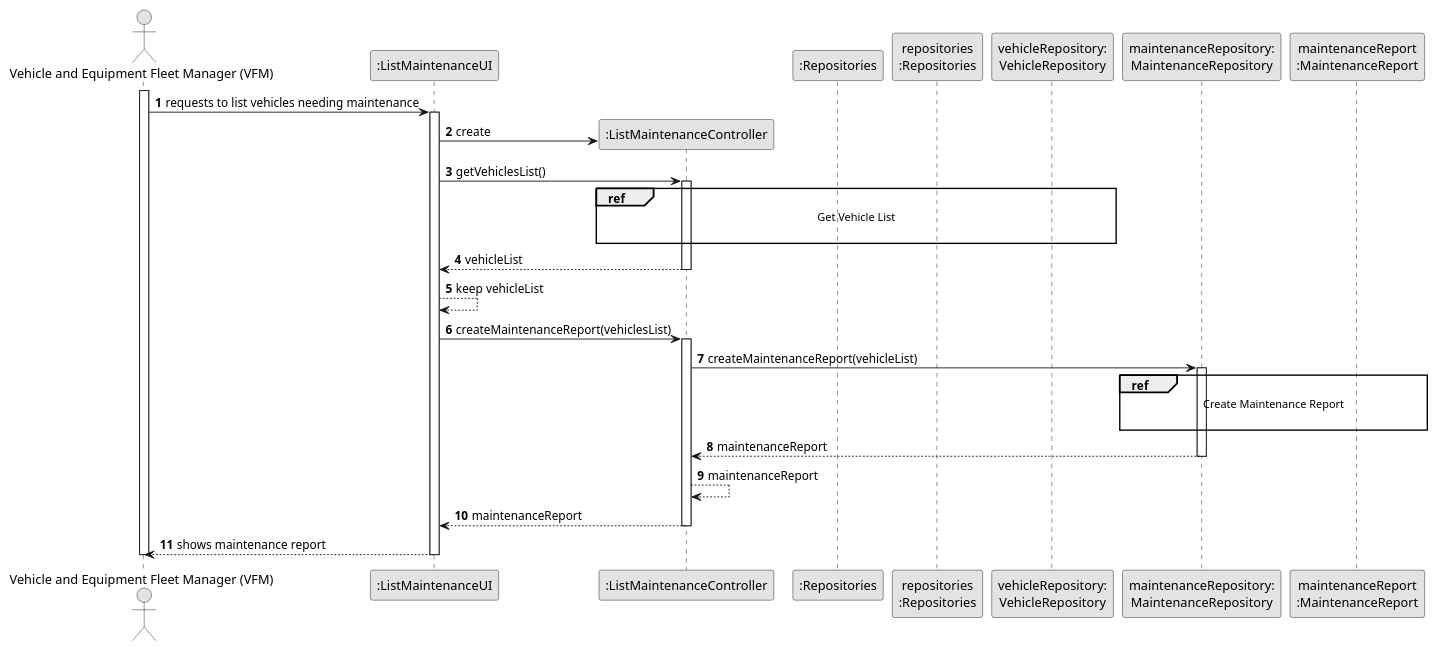
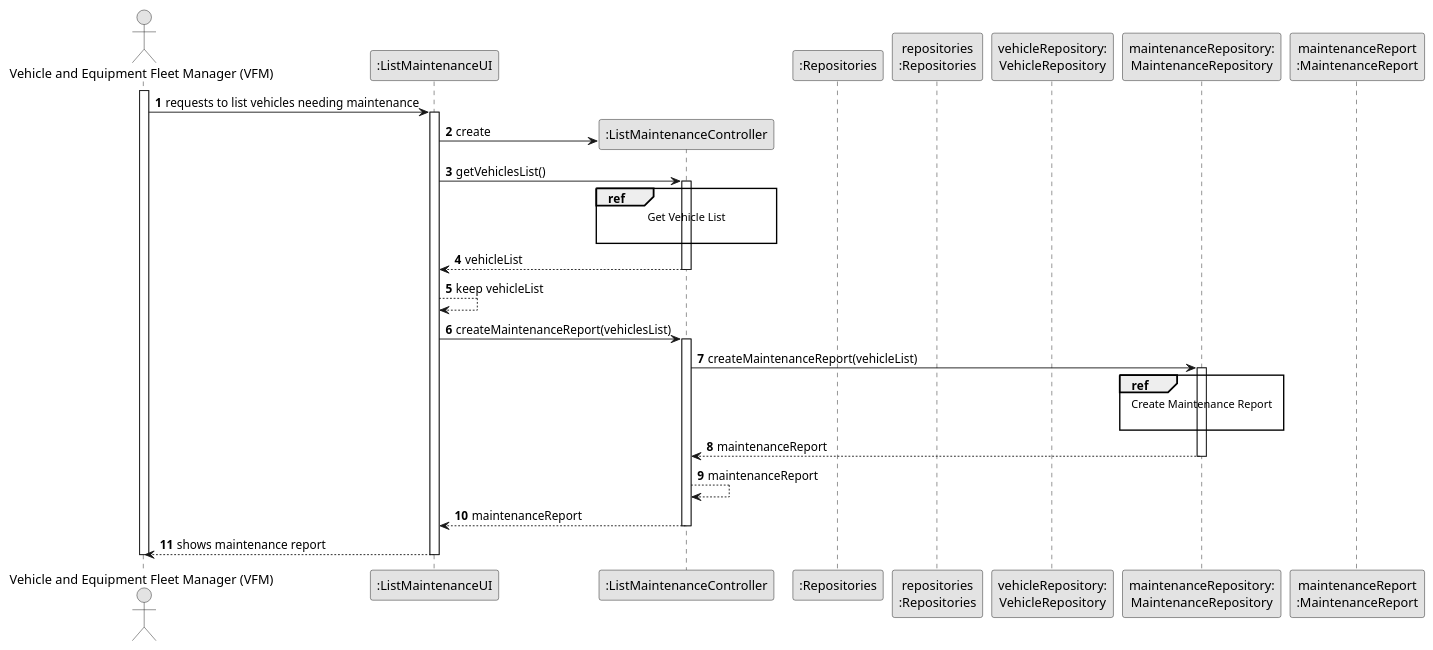
Before and after one commit to ricardomm7/leaflink: the diagram in docs/sprintB/us008/03.design/puml/us008-sequence-diagram-split.puml, drawn with PlantUML. The commit also changed 5 other files, not shown here.

Commit message:
LFC2-88 <Correct sequence diagram issues> LFC2-90 <correct sequence diagram issues>

```diff
--- a/docs/sprintB/us008/03.design/puml/us008-sequence-diagram-split.puml
+++ b/docs/sprintB/us008/03.design/puml/us008-sequence-diagram-split.puml
@@ -1,62 +1,62 @@
 @startuml
 skinparam monochrome true
 skinparam packageStyle rectangle
 skinparam shadowing false
 
 
 autonumber
 
 'hide footbox
 actor "Vehicle and Equipment Fleet Manager (VFM)" as VFM
 participant ":ListMaintenanceUI" as UI
 participant ":ListMaintenanceController" as CTRL
 participant ":Repositories" as RepositorySingleton
 participant "repositories\n:Repositories" as PLAT
 participant "vehicleRepository:\nVehicleRepository" as VehicleRepository
 participant "maintenanceRepository:\nMaintenanceRepository" as MaintenanceRepository
 participant "maintenanceReport\n:MaintenanceReport" as MaintenanceReport
 activate VFM
 
     VFM -> UI : requests to list vehicles needing maintenance
     activate UI
 
         UI -> CTRL** : create
 
         UI -> CTRL : getVehiclesList()
         activate CTRL
 
-            ref over CTRL, VehicleRepository,PLAT, RepositorySingleton
+            ref over CTRL
                         Get Vehicle List
 
             end ref
 
             CTRL --> UI : vehicleList
         deactivate CTRL
 
         UI --> UI : keep vehicleList
 
         UI -> CTRL : createMaintenanceReport(vehiclesList)
         activate CTRL
 
         CTRL -> MaintenanceRepository: createMaintenanceReport(vehicleList)
         activate MaintenanceRepository
 
-            ref over MaintenanceRepository, MaintenanceReport
+            ref over MaintenanceRepository
                     Create Maintenance Report
 
             end ref
         MaintenanceRepository --> CTRL: maintenanceReport
         deactivate MaintenanceRepository
 
         CTRL --> CTRL : maintenanceReport
 
 
             CTRL --> UI : maintenanceReport
         deactivate CTRL
 
         UI --> VFM : shows maintenance report
     deactivate UI
 
 deactivate VFM
 
 @enduml
```
